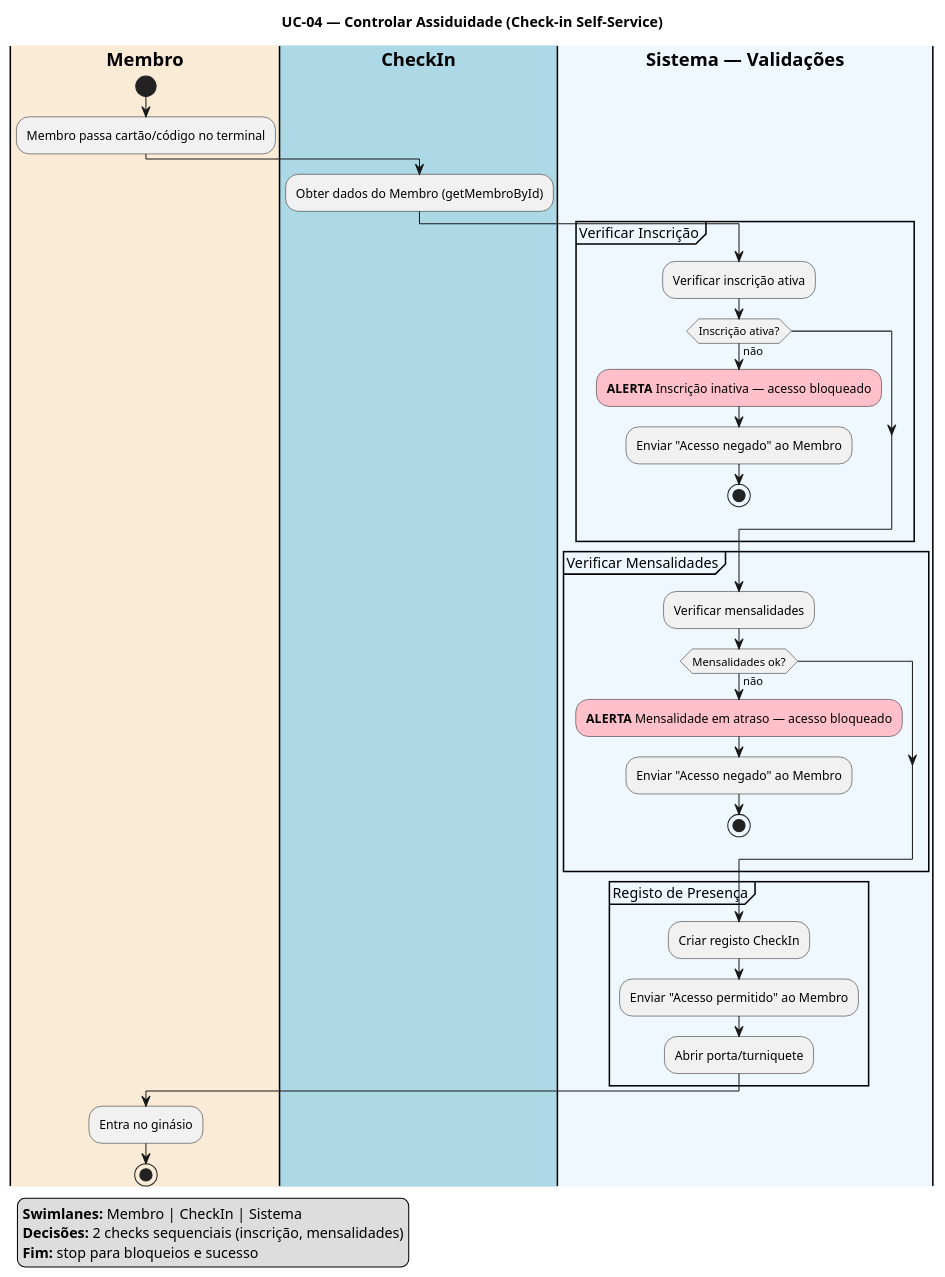
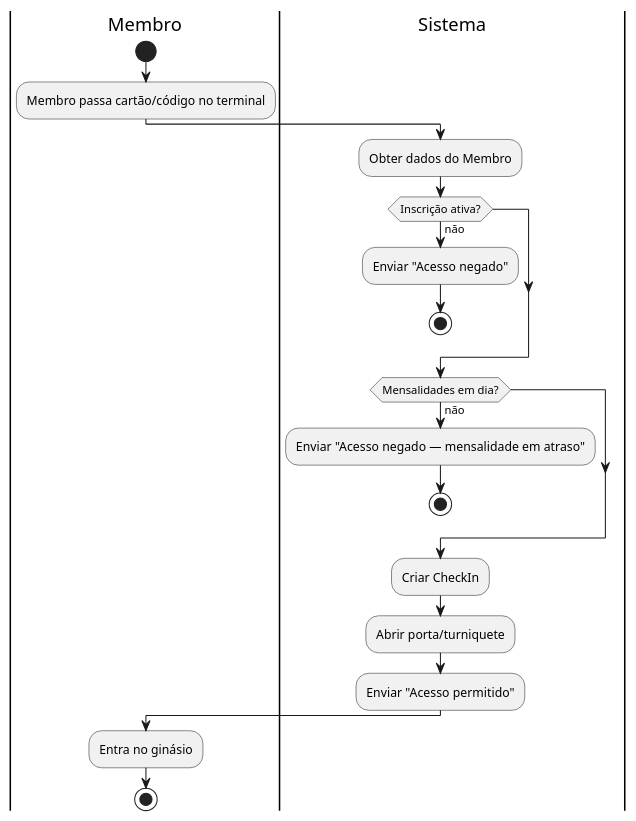
Before and after one commit to TiagoJacinto/mses-gym-docs: the fourth of 4 diagrams in public/Trabalho-MSES.md, drawn with PlantUML. The commit also changed other lines of this file and 11 other files, not shown here.

````diff
--- a/public/Trabalho-MSES.md
+++ b/public/Trabalho-MSES.md
@@ -836,48 +694,25 @@
 ```plantuml
 @startuml
-title UC-04 — Controlar Assiduidade (Check-in Self-Service)
-
-|#AntiqueWhite|**Membro**|
+|Membro|
 start
 :Membro passa cartão/código no terminal;
 
-|#LightBlue|**CheckIn**|
-:Obter dados do Membro (getMembroById);
+|Sistema|
+:Obter dados do Membro;
+if (Inscrição ativa?) then (não)
+    :Enviar "Acesso negado";
+    stop
+endif
+if (Mensalidades em dia?) then (não)
+    :Enviar "Acesso negado — mensalidade em atraso";
+    stop
+endif
+:Criar CheckIn;
+:Abrir porta/turniquete;
+:Enviar "Acesso permitido";
 
-|#AliceBlue|**Sistema — Validações**|
-partition "Verificar Inscrição" {
-    :Verificar inscrição ativa;
-    if (Inscrição ativa?) then (não)
-        #pink:**ALERTA** Inscrição inativa — acesso bloqueado;
-        :Enviar "Acesso negado" ao Membro;
-        stop
-    endif
-}
-
-partition "Verificar Mensalidades" {
-    :Verificar mensalidades;
-    if (Mensalidades ok?) then (não)
-        #pink:**ALERTA** Mensalidade em atraso — acesso bloqueado;
-        :Enviar "Acesso negado" ao Membro;
-        stop
-    endif
-}
-
-partition "Registo de Presença" {
-    :Criar registo CheckIn;
-    :Enviar "Acesso permitido" ao Membro;
-    :Abrir porta/turniquete;
-}
-
-|#AntiqueWhite|**Membro**|
+|Membro|
 :Entra no ginásio;
 stop
-
-legend left
-  **Swimlanes:** Membro | CheckIn | Sistema
-  **Decisões:** 2 checks sequenciais (inscrição, mensalidades)
-  **Fim:** stop para bloqueios e sucesso
-endlegend
-
 @enduml
 ```
````
